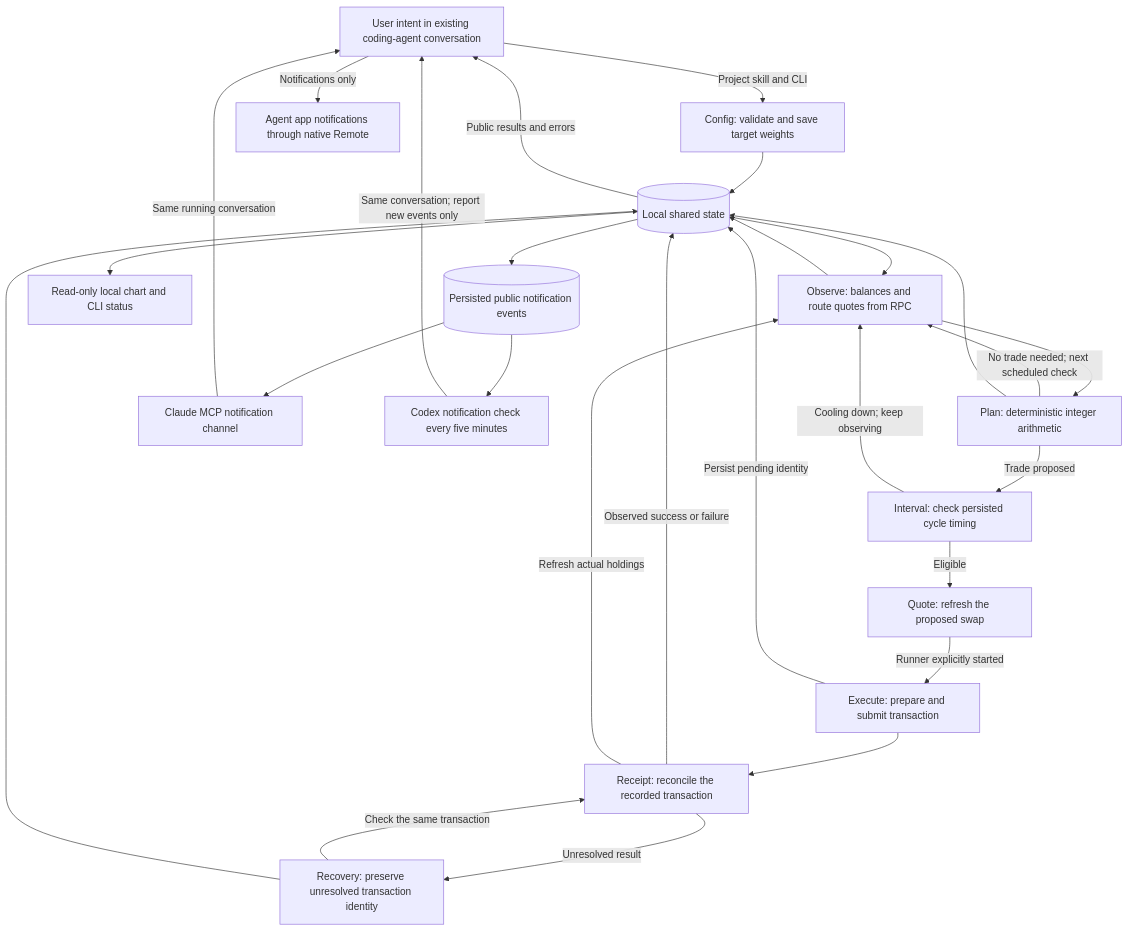
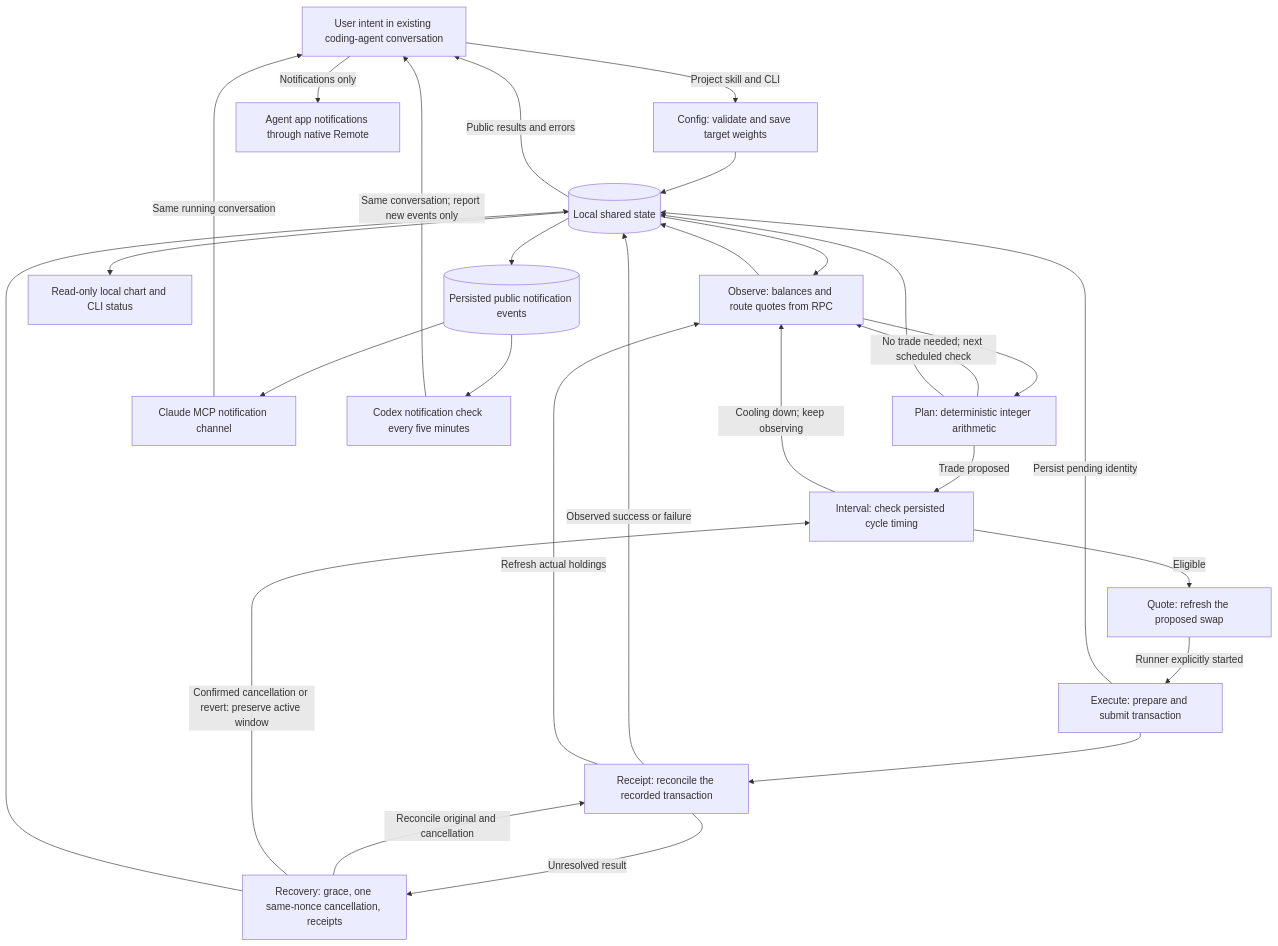
One commit to A1igator/rebalance changed the diagram in docs/AGENT_GRAPH.md. Above: the diagram before and after it, drawn with Mermaid. The commit also changed other lines of this file and 24 other files, not shown here.

````diff
--- a/docs/AGENT_GRAPH.md
+++ b/docs/AGENT_GRAPH.md
@@ -7,45 +7,46 @@
 ```mermaid
 flowchart TD
   intent[User intent in existing coding-agent conversation]
   config[Config: validate and save target weights]
   observe[Observe: balances and route quotes from RPC]
   plan[Plan: deterministic integer arithmetic]
   interval[Interval: check persisted cycle timing]
   quote[Quote: refresh the proposed swap]
   execute[Execute: prepare and submit transaction]
   receipt[Receipt: reconcile the recorded transaction]
-  recovery[Recovery: preserve unresolved transaction identity]
+  recovery[Recovery: grace, one same-nonce cancellation, receipts]
   state[(Local shared state)]
   chart[Read-only local chart and CLI status]
   events[(Persisted public notification events)]
   channel[Claude MCP notification channel]
   heartbeat[Codex notification check every five minutes]
   push[Agent app notifications through native Remote]
 
   intent -->|Project skill and CLI| config
   config --> state
   state --> observe
   observe --> plan
   plan -->|No trade needed; next scheduled check| observe
   plan -->|Trade proposed| interval
   interval -->|Cooling down; keep observing| observe
   interval -->|Eligible| quote
   quote -->|Runner explicitly started| execute
   execute -->|Persist pending identity| state
   execute --> receipt
   receipt -->|Observed success or failure| state
   receipt -->|Refresh actual holdings| observe
   receipt -->|Unresolved result| recovery
-  recovery -->|Check the same transaction| receipt
+  recovery -->|Reconcile original and cancellation| receipt
+  recovery -->|Confirmed cancellation or revert: preserve active window| interval
   recovery --> state
   observe --> state
   plan --> state
   state --> chart
   state -->|Public results and errors| intent
   state --> events
   events --> channel
   events --> heartbeat
   channel -->|Same running conversation| intent
   heartbeat -->|Same conversation; report new events only| intent
   intent -->|Notifications only| push
 ```
````
